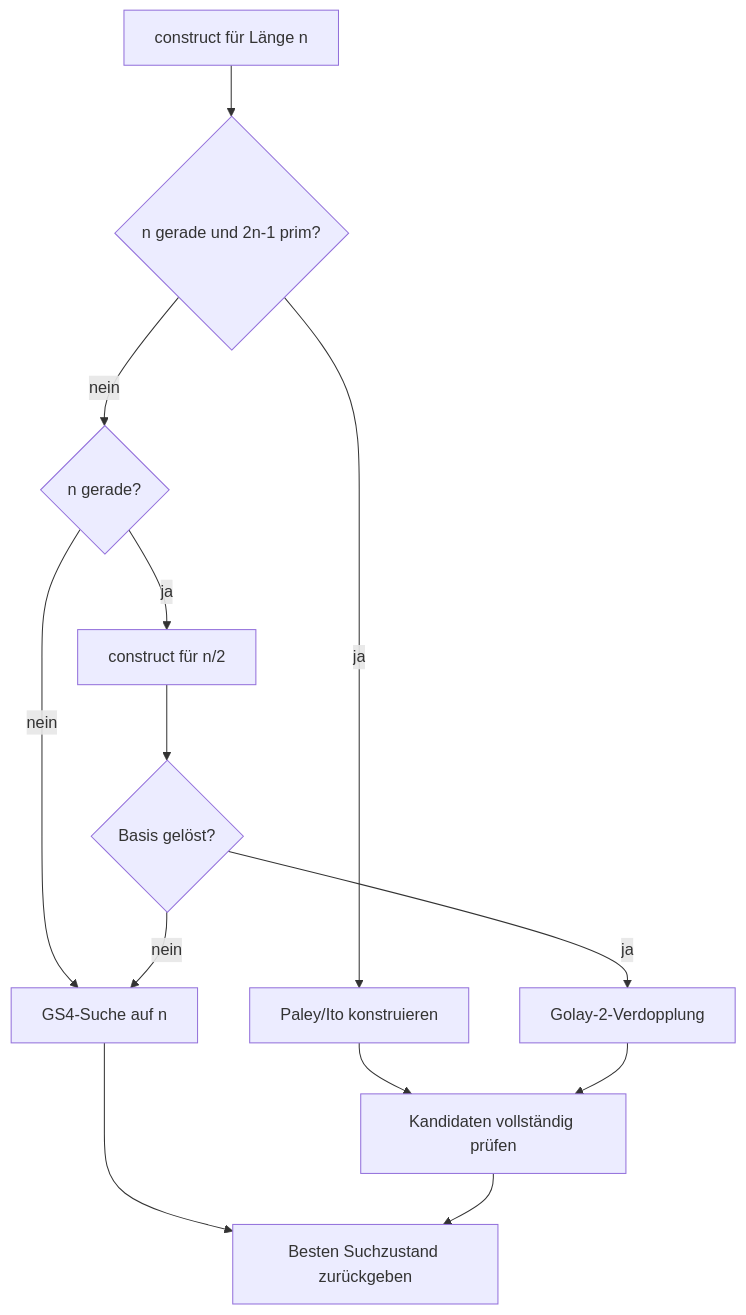
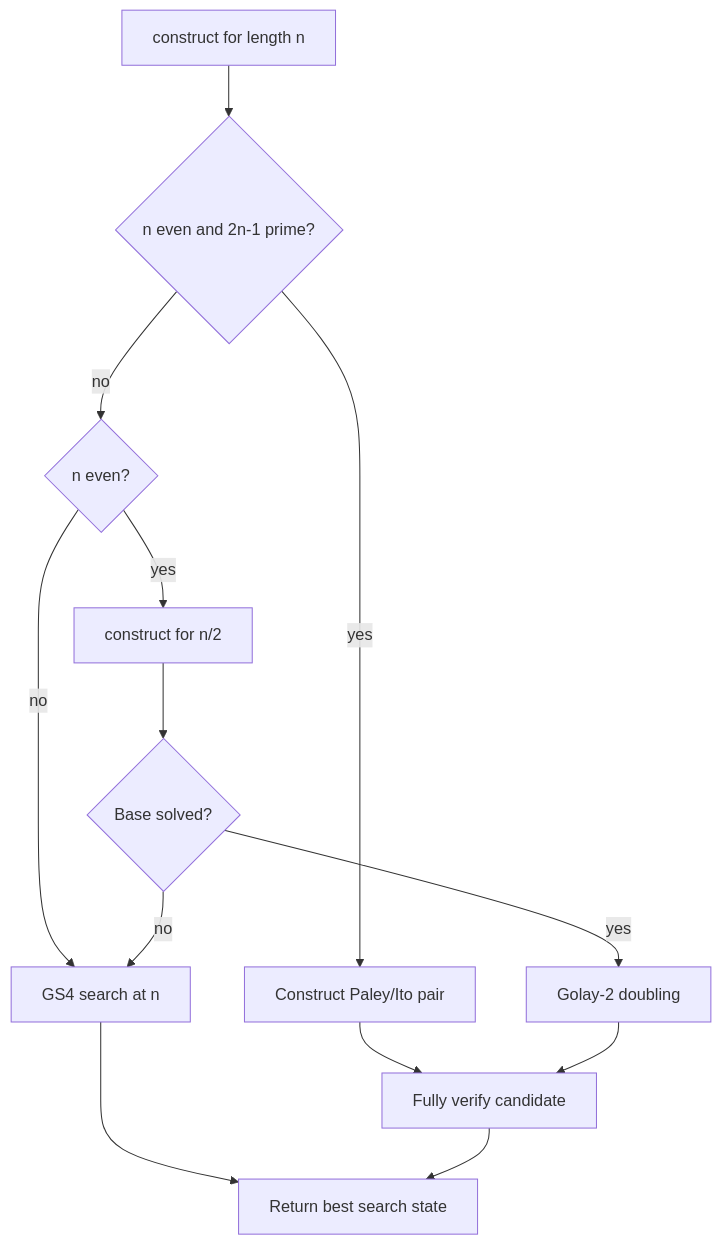
Before and after one commit to SmolBlackHole/hadamard-668: the diagram in docs/constructions.md, drawn with Mermaid. The commit also changed other lines of this file and 23 other files, not shown here.

````diff
--- a/docs/constructions.md
+++ b/docs/constructions.md
@@ -93,15 +108,15 @@
 ```mermaid
 flowchart TD
-    Start["construct für Länge n"] --> Paley{"n gerade und 2n-1 prim?"}
-    Paley -->|ja| Direct["Paley/Ito konstruieren"]
-    Direct --> Verify["Kandidaten vollständig prüfen"]
-    Paley -->|nein| Even{"n gerade?"}
-    Even -->|nein| Search["GS4-Suche auf n"]
-    Even -->|ja| Half["construct für n/2"]
-    Half --> Solved{"Basis gelöst?"}
-    Solved -->|ja| Double["Golay-2-Verdopplung"]
+    Start["construct for length n"] --> Paley{"n even and 2n-1 prime?"}
+    Paley -->|yes| Direct["Construct Paley/Ito pair"]
+    Direct --> Verify["Fully verify candidate"]
+    Paley -->|no| Even{"n even?"}
+    Even -->|no| Search["GS4 search at n"]
+    Even -->|yes| Half["construct for n/2"]
+    Half --> Solved{"Base solved?"}
+    Solved -->|yes| Double["Golay-2 doubling"]
     Double --> Verify
-    Solved -->|nein| Search
-    Search --> Result["Besten Suchzustand zurückgeben"]
+    Solved -->|no| Search
+    Search --> Result["Return best search state"]
     Verify --> Result
 ```
````
